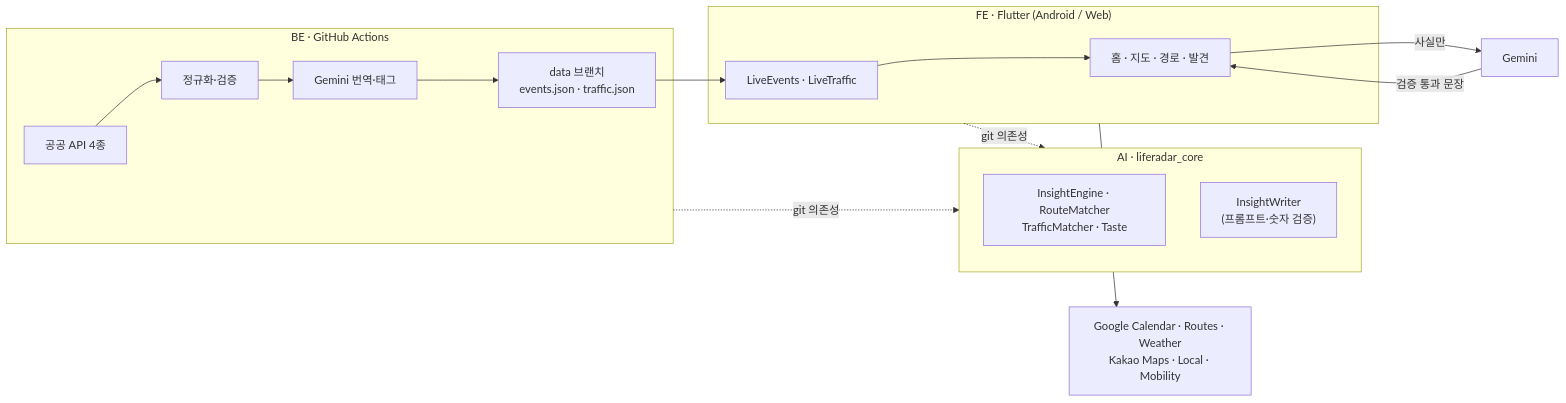
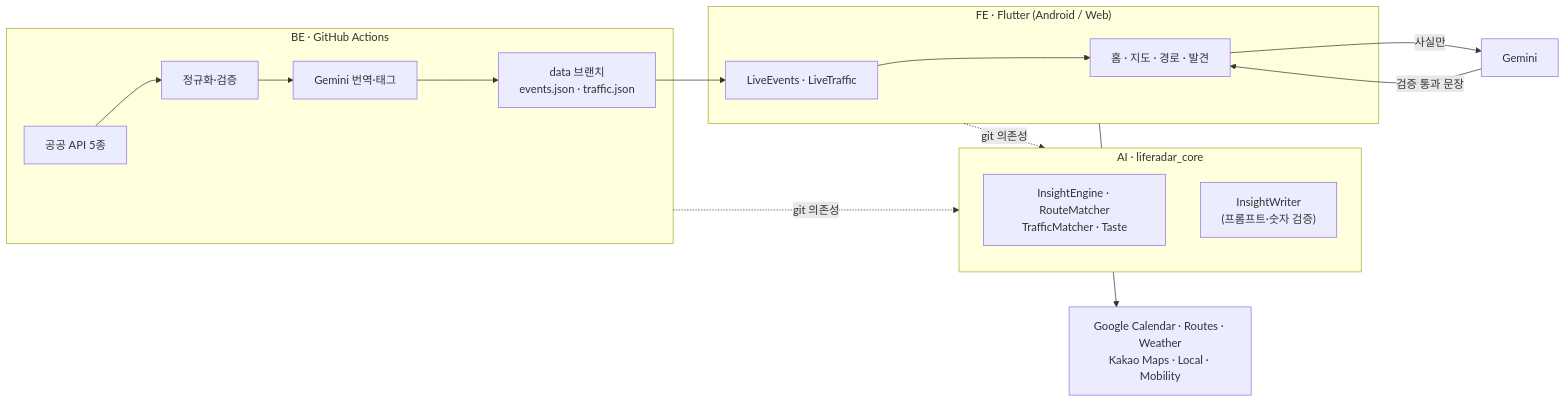
Before and after one commit to woowangthon/WOOWANGTHON_TEAM_27_FE: the diagram in README.md, drawn with Mermaid. The commit also changed other lines of this file and 2 other files, not shown here.

````diff
--- a/README.md
+++ b/README.md
@@ -111,19 +111,19 @@
 ```mermaid
 flowchart LR
   subgraph BE["BE · GitHub Actions"]
-    SRC["공공 API 4종"] --> NORM["정규화·검증"] --> EN["Gemini 번역·태그"]
+    SRC["공공 API 5종"] --> NORM["정규화·검증"] --> EN["Gemini 번역·태그"]
     EN --> DATA["data 브랜치<br/>events.json · traffic.json"]
   end
   subgraph AI["AI · liferadar_core"]
     ENG["InsightEngine · RouteMatcher<br/>TrafficMatcher · Taste"]
     W["InsightWriter<br/>(프롬프트·숫자 검증)"]
   end
   subgraph FE["FE · Flutter (Android / Web)"]
     FEED["LiveEvents · LiveTraffic"] --> CARDS["홈 · 지도 · 경로 · 발견"]
   end
   DATA --> FEED
   FE -. git 의존성 .-> AI
   BE -. git 의존성 .-> AI
   CARDS -->|사실만| GEM["Gemini"] -->|검증 통과 문장| CARDS
   FE --> EXT["Google Calendar · Routes · Weather<br/>Kakao Maps · Local · Mobility"]
 ```
````
